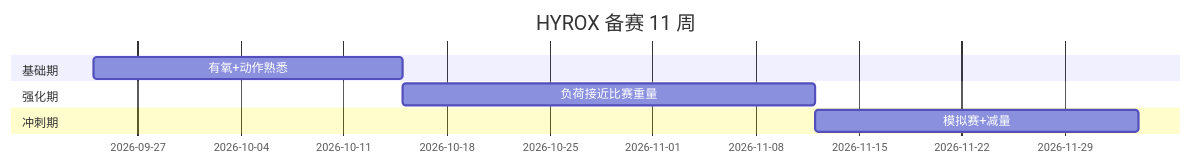
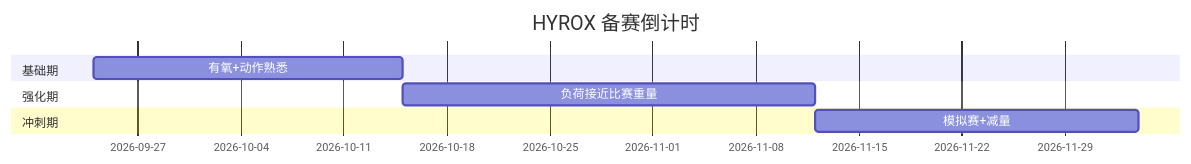
The diagram in training-log.md (loooongmango/hyrox-training-demo), drawn with Mermaid before and after one commit. The commit also changed other lines of this file and 2 other files, not shown here.

````diff
--- a/training-log.md
+++ b/training-log.md
@@ -40,11 +38,11 @@
 ```mermaid
 gantt
-    title HYROX 备赛 11 周
+    title HYROX 备赛倒计时
     dateFormat YYYY-MM-DD
     section 基础期
     有氧+动作熟悉       :2026-09-24, 21d
     section 强化期
     负荷接近比赛重量     :2026-10-15, 28d
     section 冲刺期
     模拟赛+减量         :2026-11-12, 22d
 ```
````
